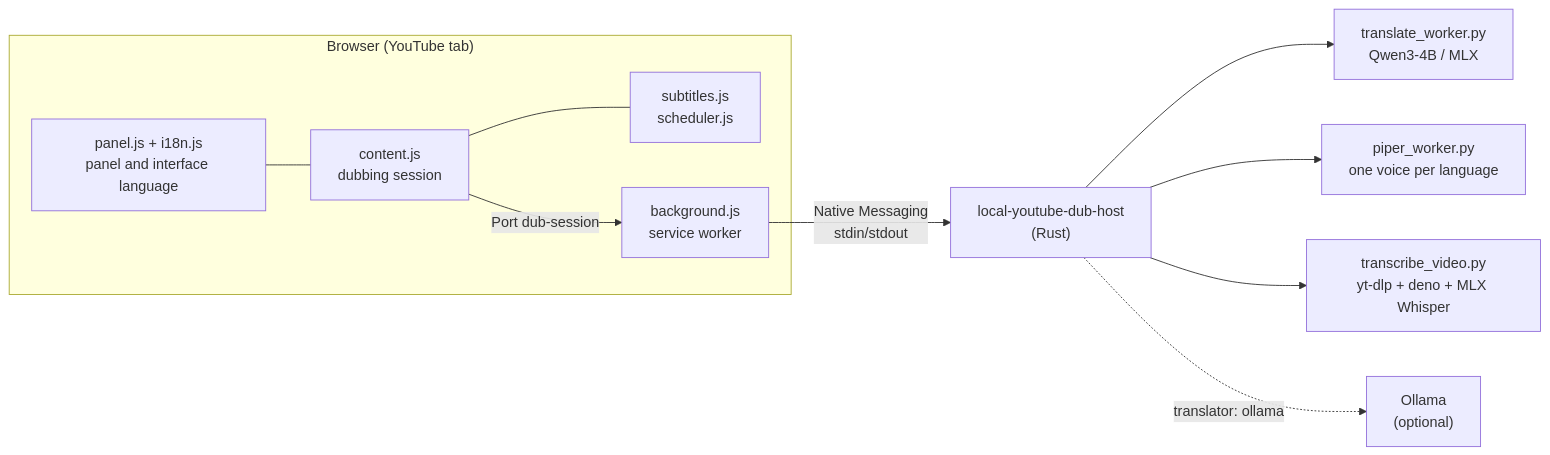
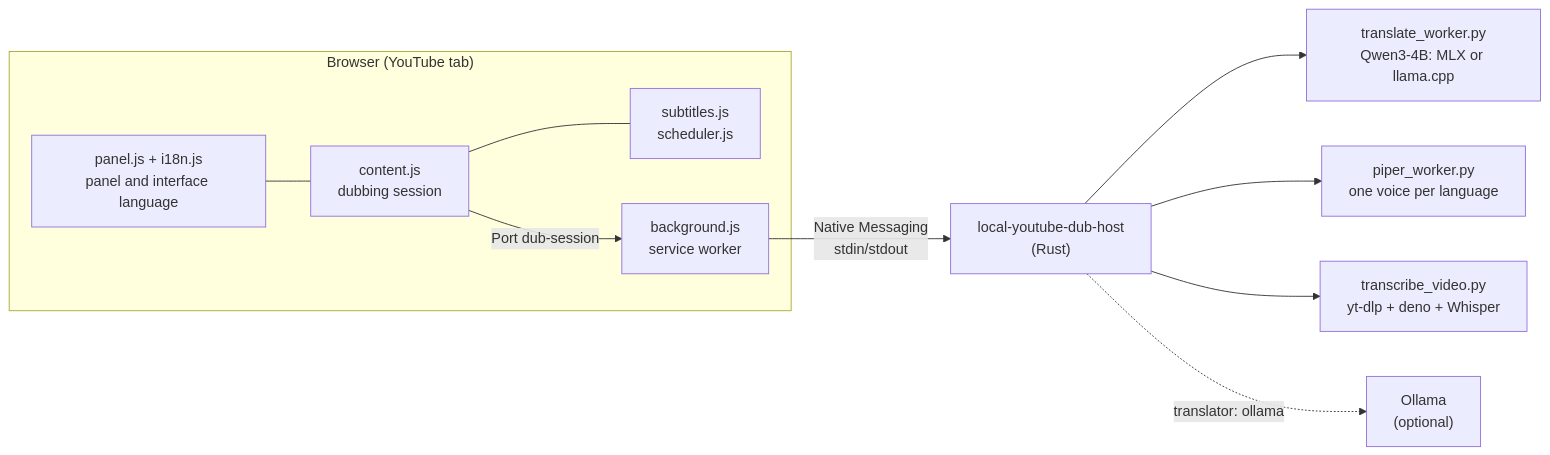
The first of 3 diagrams in docs/ARCHITECTURE.md (secretpray/local-youtube-dub), drawn with Mermaid before and after one commit. The commit also changed other lines of this file and 18 other files, not shown here.

Commit message:
Add Linux support: llama.cpp and faster-whisper engines, cross-platform install, snap sandbox detection

````diff
--- a/docs/ARCHITECTURE.md
+++ b/docs/ARCHITECTURE.md
@@ -7,13 +7,13 @@
 ```mermaid
 flowchart LR
   subgraph Browser["Browser (YouTube tab)"]
     Panel["panel.js + i18n.js<br/>panel and interface language"] --- Content["content.js<br/>dubbing session"]
     Content --- Subs["subtitles.js<br/>scheduler.js"]
     Content -- "Port dub-session" --> BG["background.js<br/>service worker"]
   end
   BG -- "Native Messaging<br/>stdin/stdout" --> Host["local-youtube-dub-host<br/>(Rust)"]
-  Host --> TW["translate_worker.py<br/>Qwen3-4B / MLX"]
+  Host --> TW["translate_worker.py<br/>Qwen3-4B: MLX or llama.cpp"]
   Host --> VW["piper_worker.py<br/>one voice per language"]
-  Host --> ASR["transcribe_video.py<br/>yt-dlp + deno + MLX Whisper"]
+  Host --> ASR["transcribe_video.py<br/>yt-dlp + deno + Whisper"]
   Host -. "translator: ollama" .-> Ollama["Ollama<br/>(optional)"]
 ```
````
